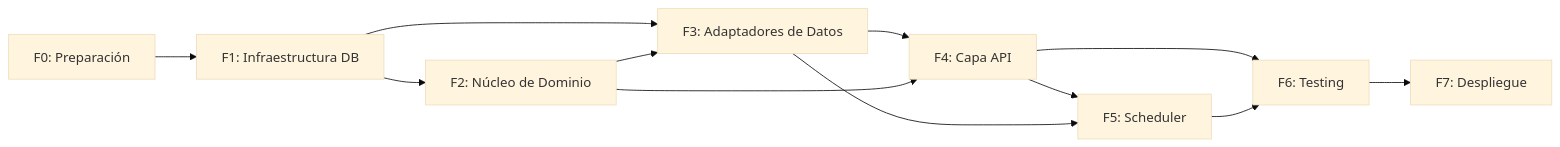
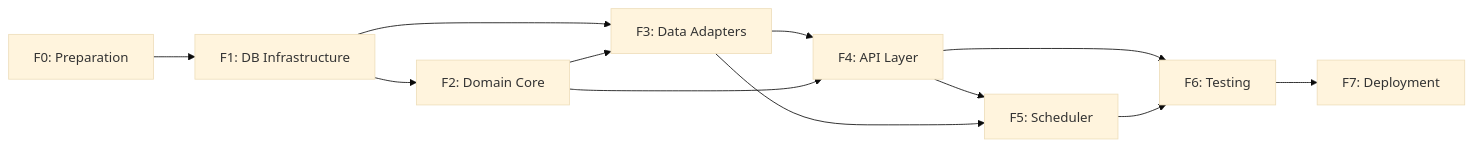
One commit to Fisherk2/esquema-stock-historial changed the diagram in docs/workflow/roadmap-phases.md. Above: the diagram before and after it, drawn with Mermaid (base theme). The commit also changed other lines of this file and 44 other files, not shown here.

````diff
--- a/docs/workflow/roadmap-phases.md
+++ b/docs/workflow/roadmap-phases.md
@@ -20,14 +20,14 @@
 ```mermaid
 graph LR
-    F0[F0: Preparación] --> F1[F1: Infraestructura DB]
-    F1 --> F2[F2: Núcleo de Dominio]
-    F1 --> F3[F3: Adaptadores de Datos]
+    F0[F0: Preparation] --> F1[F1: DB Infrastructure]
+    F1 --> F2[F2: Domain Core]
+    F1 --> F3[F3: Data Adapters]
     F2 --> F3
-    F3 --> F4[F4: Capa API]
+    F3 --> F4[F4: API Layer]
     F2 --> F4
     F4 --> F5[F5: Scheduler]
     F3 --> F5
     F4 --> F6[F6: Testing]
     F5 --> F6
-    F6 --> F7[F7: Despliegue]
+    F6 --> F7[F7: Deployment]
 ```
````
